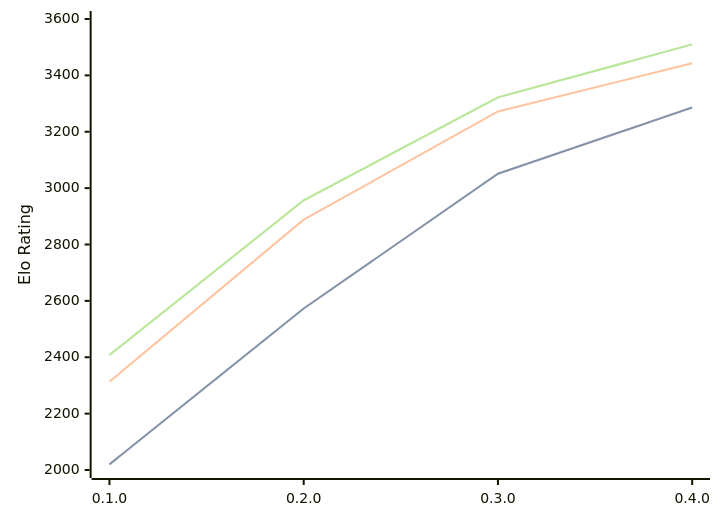
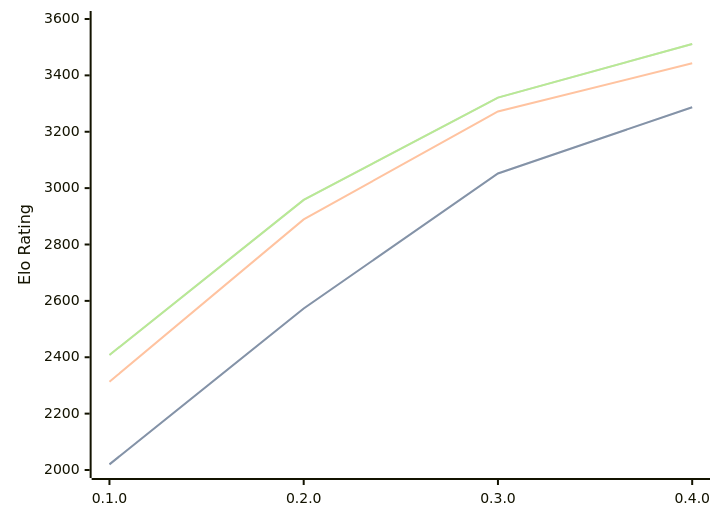
One commit to computer-chess-index/cci changed the diagram in engines/Justbot.md. Above: the diagram before and after it, drawn with Mermaid. The commit also changed other lines of this file, not shown here.

Commit message:
Update CCI Ratings (ELO VLTC) - 2026-08-27

````diff
--- a/engines/Justbot.md
+++ b/engines/Justbot.md
@@ -34,11 +34,11 @@
 ```mermaid
 %%{init: {"theme":"base","themeVariables":{"seriesColors:['#a3a3a3','#222221','#faa371']}}}%%
 xychart-beta
   x-axis ["0.1.0", "0.2.0", "0.3.0", "0.4.0"]
   y-axis "Elo Rating" 2000 --> 3600
-  line "STC (8.0+0.08s)" [2020, 2573, 3051, 3286]
-  line "STC (8.0+0.08s)" [2020, 2573, 3051, 3286]
-  line "LTC (60.0+0.60s)" [2313, 2888, 3272, 3443]
-  line "VLTC (2m24s+1.12s)" [2408, 2957, 3322, 3510]
-  line "VLTC (2m24s+1.12s)" [2408, 2957, 3322, 3510]
+  line "STC (8.0+0.08s)" [2020, 2573, 3052, 3287]
+  line "STC (8.0+0.08s)" [2020, 2573, 3052, 3287]
+  line "LTC (60.0+0.60s)" [2313, 2889, 3272, 3443]
+  line "VLTC (2m24s+1.12s)" [2408, 2958, 3321, 3511]
+  line "VLTC (2m24s+1.12s)" [2408, 2958, 3321, 3511]
 ```
````
